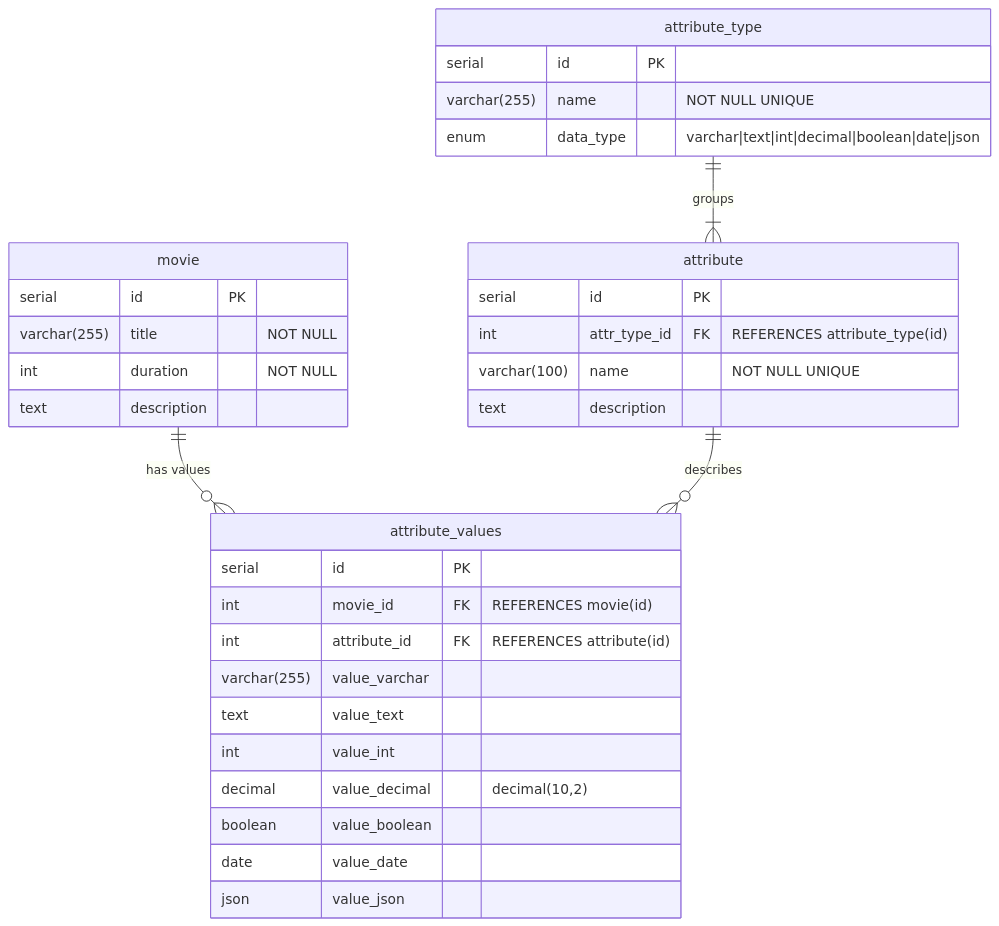
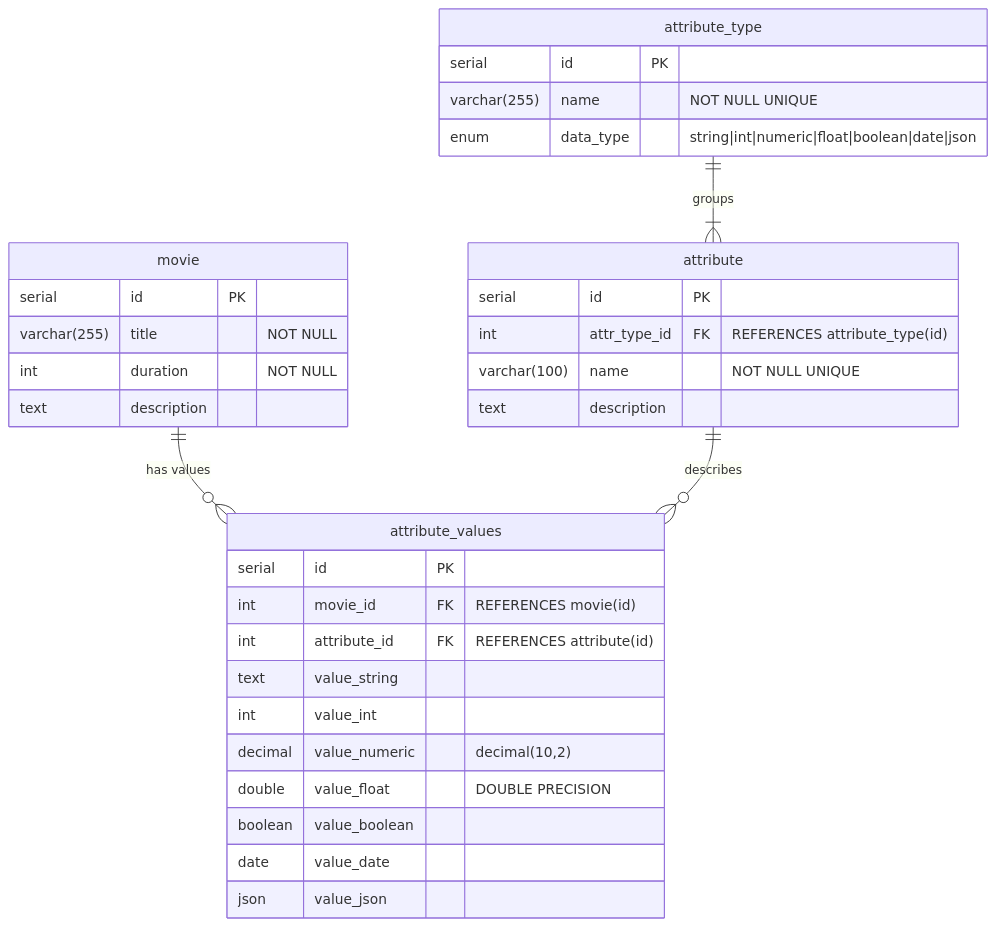
One commit to otusteamedu/PHP_2025 changed the diagram in mermaid.mmd. Above: the diagram before and after it, drawn with Mermaid. The commit also changed 4 other files, not shown here.

```diff
--- a/mermaid.mmd
+++ b/mermaid.mmd
@@ -1,37 +1,37 @@
 erDiagram
     movie ||--o{ attribute_values : "has values"
     attribute_type ||--|{ attribute : "groups"
     attribute ||--o{ attribute_values : "describes"
 
     movie {
         serial id PK
         varchar(255) title "NOT NULL"
         int duration "NOT NULL"
         text description
     }
 
     attribute_type {
         serial id PK
         varchar(255) name "NOT NULL UNIQUE"
-        enum data_type "varchar|text|int|decimal|boolean|date|json"
+        enum data_type "string|int|numeric|float|boolean|date|json"
     }
 
     attribute {
         serial id PK
         int attr_type_id FK "REFERENCES attribute_type(id)"
         varchar(100) name "NOT NULL UNIQUE"
         text description
     }
 
     attribute_values {
         serial id PK
         int movie_id FK "REFERENCES movie(id)"
         int attribute_id FK "REFERENCES attribute(id)"
-        varchar(255) value_varchar
-        text value_text
+        text value_string
         int value_int
-        decimal value_decimal "decimal(10,2)"
+        decimal value_numeric "decimal(10,2)"
+        double value_float "DOUBLE PRECISION"
         boolean value_boolean
         date value_date
         json value_json
     }
```
